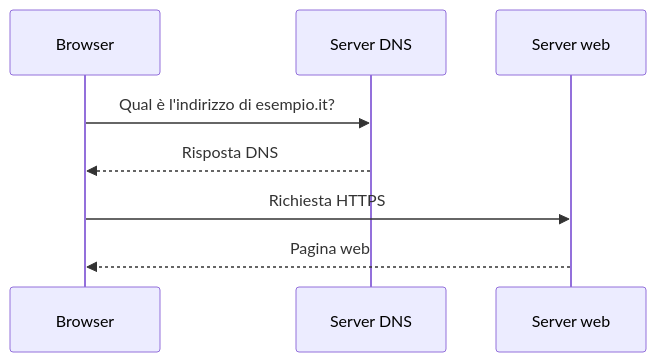
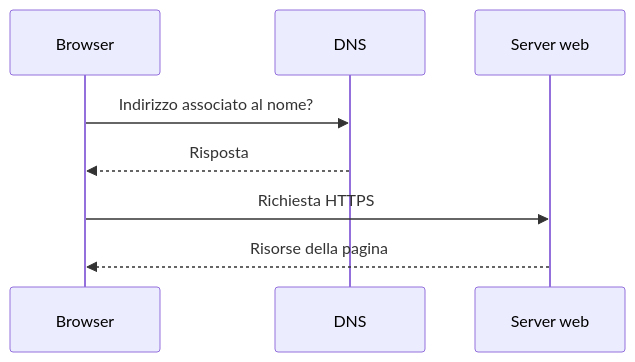
The fourth of 4 diagrams in anno1/tlc.md (lucavandro/il-mio-libro-di-informatica), drawn with Mermaid before and after one commit. The commit also changed other lines of this file and 19 other files, not shown here.

````diff
--- a/anno1/tlc.md
+++ b/anno1/tlc.md
@@ -164,10 +115,10 @@
 ```mermaid
 sequenceDiagram
     participant B as Browser
-    participant D as Server DNS
+    participant D as DNS
     participant W as Server web
-    B->>D: Qual è l'indirizzo di esempio.it?
-    D-->>B: Risposta DNS
+    B->>D: Indirizzo associato al nome?
+    D-->>B: Risposta
     B->>W: Richiesta HTTPS
-    W-->>B: Pagina web
+    W-->>B: Risorse della pagina
 ```
````
